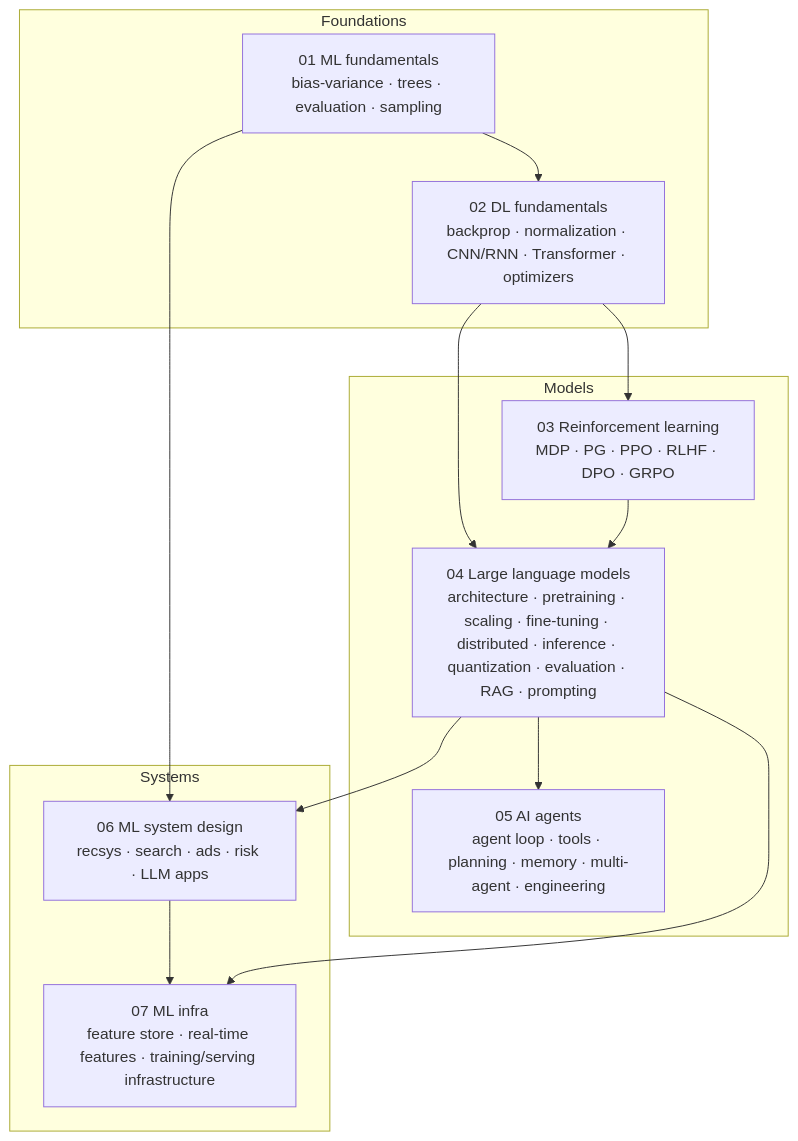
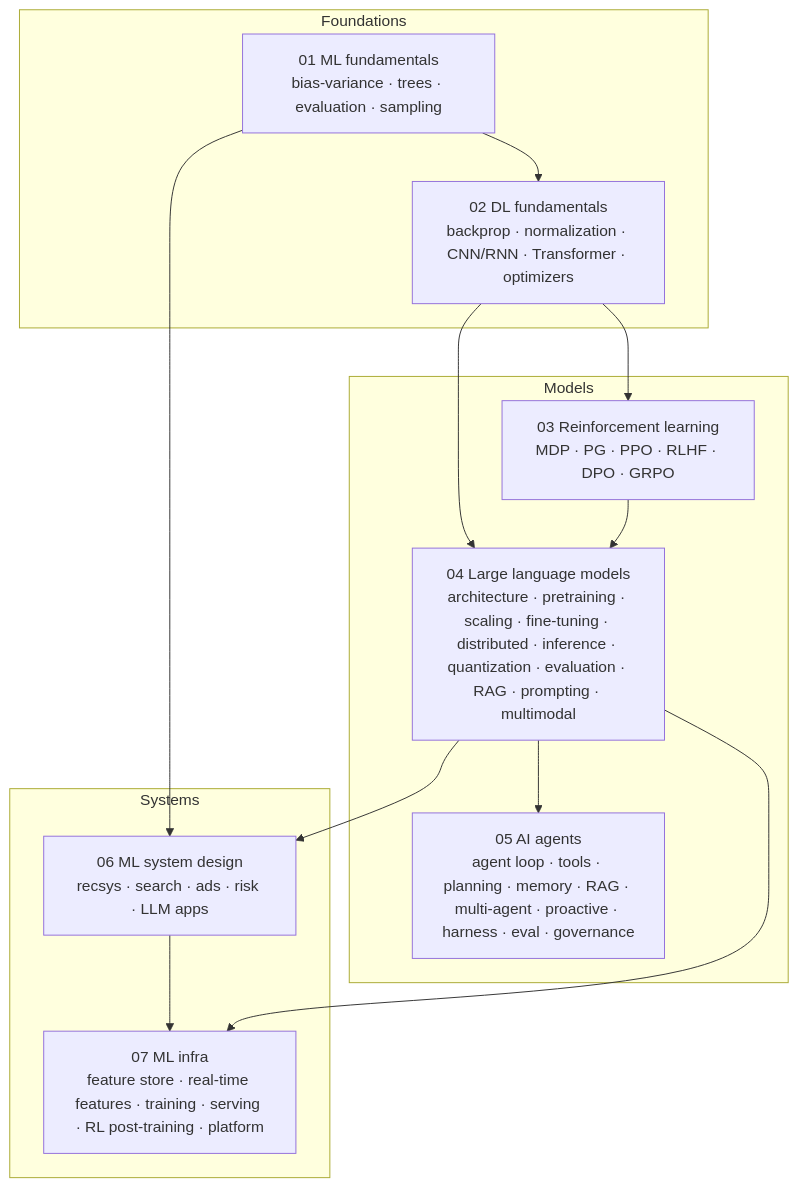
One commit to chua5683/MLE_Learnings changed the diagram in docs/00-roadmap/03-knowledge-map.md. Above: the diagram before and after it, drawn with Mermaid. The commit also changed other lines of this file and 29 other files, not shown here.

````diff
--- a/docs/00-roadmap/03-knowledge-map.md
+++ b/docs/00-roadmap/03-knowledge-map.md
@@ -9,28 +9,28 @@
 ```mermaid
 flowchart TB
     subgraph F["Foundations"]
         ML["01 ML fundamentals<br/>bias-variance · trees · evaluation · sampling"]
         DL["02 DL fundamentals<br/>backprop · normalization · CNN/RNN · Transformer · optimizers"]
     end
 
     subgraph M["Models"]
         RL["03 Reinforcement learning<br/>MDP · PG · PPO · RLHF · DPO · GRPO"]
-        LLM["04 Large language models<br/>architecture · pretraining · scaling · fine-tuning · distributed · inference · quantization · evaluation · RAG · prompting"]
-        AG["05 AI agents<br/>agent loop · tools · planning · memory · multi-agent · engineering"]
+        LLM["04 Large language models<br/>architecture · pretraining · scaling · fine-tuning · distributed · inference · quantization · evaluation · RAG · prompting · multimodal"]
+        AG["05 AI agents<br/>agent loop · tools · planning · memory · RAG · multi-agent · proactive · harness · eval · governance"]
     end
 
     subgraph S["Systems"]
         SD["06 ML system design<br/>recsys · search · ads · risk · LLM apps"]
-        INF["07 ML infra<br/>feature store · real-time features · training/serving infrastructure"]
+        INF["07 ML infra<br/>feature store · real-time features · training · serving · RL post-training · platform"]
     end
 
     ML --> DL
     DL --> LLM
     DL --> RL
     RL --> LLM
     LLM --> AG
     LLM --> SD
     ML --> SD
     SD --> INF
     LLM --> INF
 ```
````
